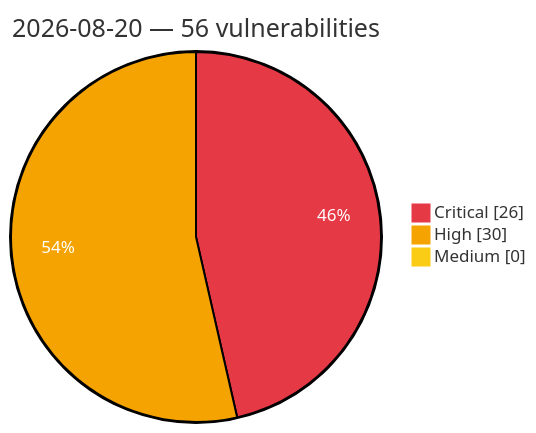
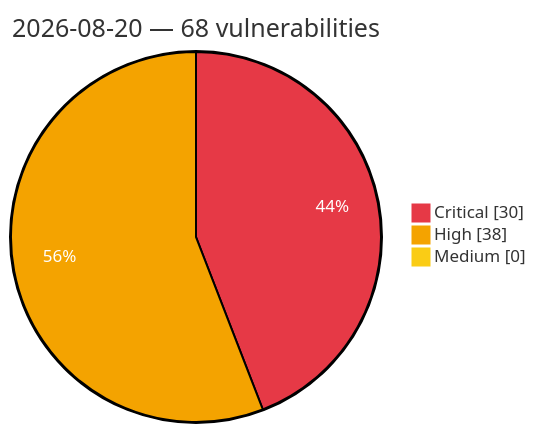
One commit to GhostX0X/vuln-tracker changed the diagram in vulnerabilities/2026/August/2026-08-20.md. Above: the diagram before and after it, drawn with Mermaid. The commit also changed other lines of this file and 5 other files, not shown here.

Commit message:
Auto update: critical/high vulns (2026-08-20 18:15 UTC)

````diff
--- a/vulnerabilities/2026/August/2026-08-20.md
+++ b/vulnerabilities/2026/August/2026-08-20.md
@@ -3,8 +3,8 @@
 ```mermaid
 %%{init: {'theme':'base', 'themeVariables': {'pie1':'#e63946', 'pie2':'#f4a300', 'pie3':'#facc15', 'pieOpacity':'1', 'pieOuterStrokeWidth':'2px', 'pieSectionTextColor':'#ffffff'}}}%%
 pie showData
-    title 2026-08-20 — 56 vulnerabilities
-    "Critical" : 26
-    "High" : 30
+    title 2026-08-20 — 68 vulnerabilities
+    "Critical" : 30
+    "High" : 38
     "Medium" : 0
 ```
````
